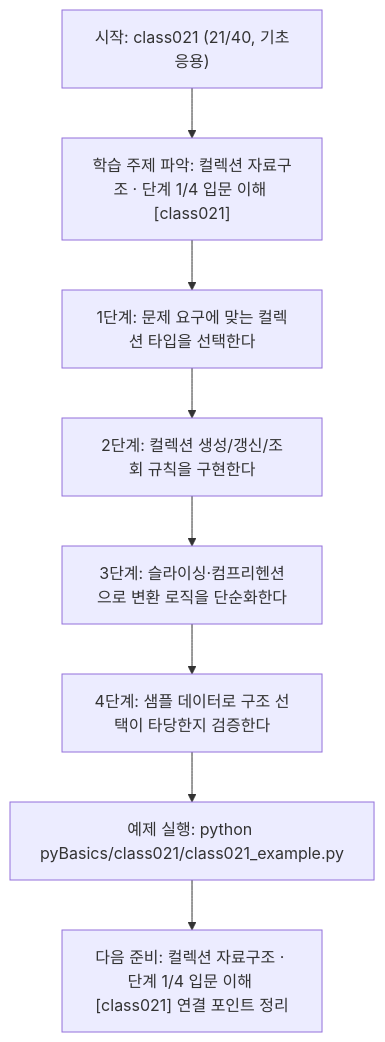
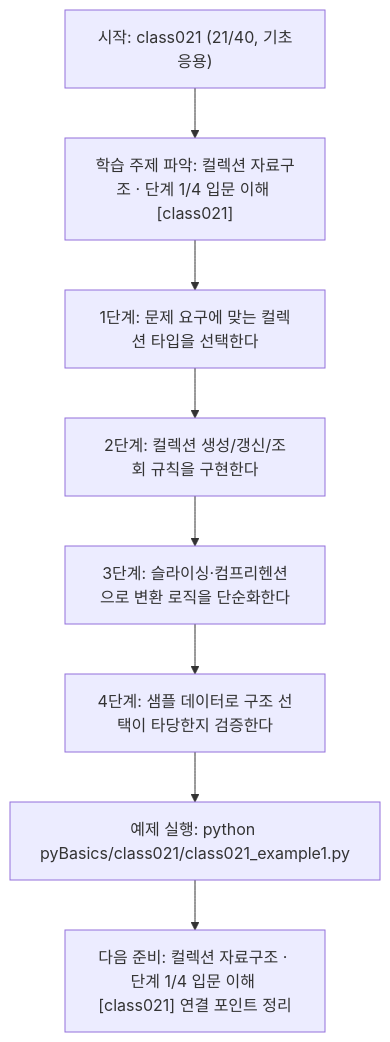
Before and after one commit to edumgt/Python-AI_Agent-Class: the diagram in pyBasics/class021/class021.md, drawn with Mermaid. The commit also changed other lines of this file and 2959 other files, not shown here.

````diff
--- a/pyBasics/class021/class021.md
+++ b/pyBasics/class021/class021.md
@@ -109,18 +109,18 @@
 ```mermaid
 flowchart TD
 N1["시작: class021 (21/40, 기초응용)"]
 N2["학습 주제 파악: 컬렉션 자료구조 · 단계 1/4 입문 이해 [class021]"]
 N3["1단계: 문제 요구에 맞는 컬렉션 타입을 선택한다"]
 N4["2단계: 컬렉션 생성/갱신/조회 규칙을 구현한다"]
 N5["3단계: 슬라이싱·컴프리헨션으로 변환 로직을 단순화한다"]
 N6["4단계: 샘플 데이터로 구조 선택이 타당한지 검증한다"]
-N7["예제 실행: python pyBasics/class021/class021_example.py"]
+N7["예제 실행: python pyBasics/class021/class021_example1.py"]
 N8["다음 준비: 컬렉션 자료구조 · 단계 1/4 입문 이해 [class021] 연결 포인트 정리"]
 N1 --> N2
 N2 --> N3
 N3 --> N4
 N4 --> N5
 N5 --> N6
 N6 --> N7
 N7 --> N8
 ```
````
